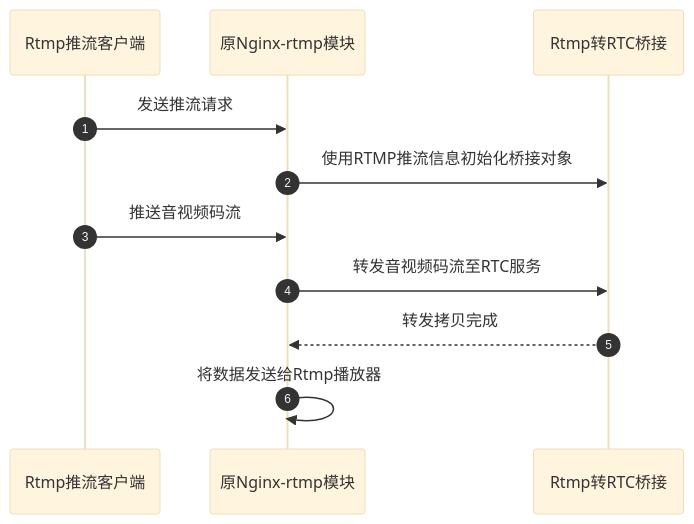
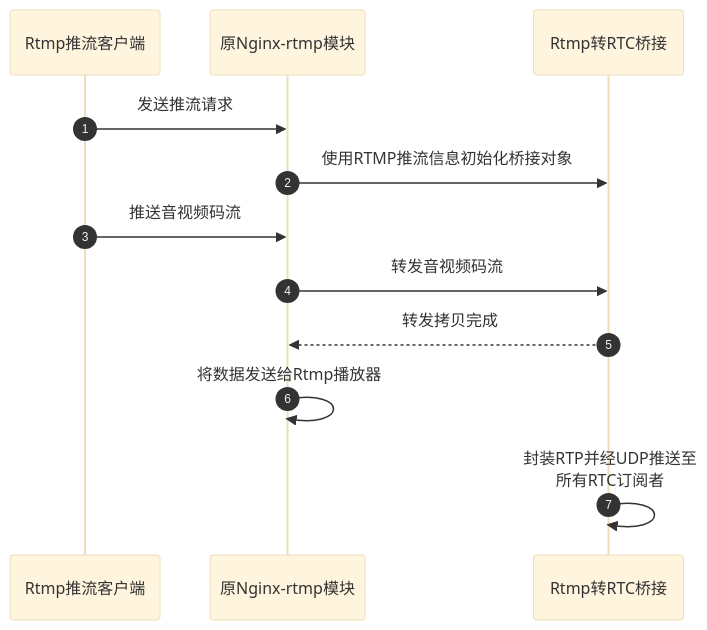
Before and after one commit to DeguiLiu/nginx-rtc-example: the eighth of 8 diagrams in docs/一种基于Nginx-rtmp的webrtc低延迟直播方法.md, drawn with Mermaid. The commit also changed other lines of this file and 1 other file, not shown here.

````diff
--- a/docs/一种基于Nginx-rtmp的webrtc低延迟直播方法.md
+++ b/docs/一种基于Nginx-rtmp的webrtc低延迟直播方法.md
@@ -354,15 +270,16 @@
 ```mermaid
 %%{init: {"theme": "base", "sequence": {"actorBkg": "#fef3c7", "actorBorder": "#d97706"}, "themeVariables": {"fontSize": "15px"}}}%%
 sequenceDiagram
     autonumber
     participant P as Rtmp推流客户端
     participant R as 原Nginx-rtmp模块
     participant B as Rtmp转RTC桥接
 
     P->>R: 发送推流请求
     R->>B: 使用RTMP推流信息初始化桥接对象
     P->>R: 推送音视频码流
-    R->>B: 转发音视频码流至RTC服务
+    R->>B: 转发音视频码流
     B-->>R: 转发拷贝完成
     R->>R: 将数据发送给Rtmp播放器
+    B->>B: 封装RTP并经UDP推送至<br/>所有RTC订阅者
 ```
````
